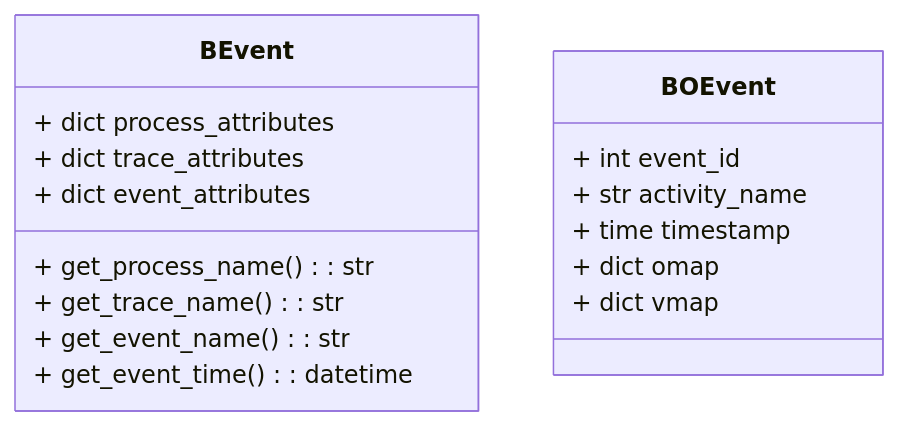
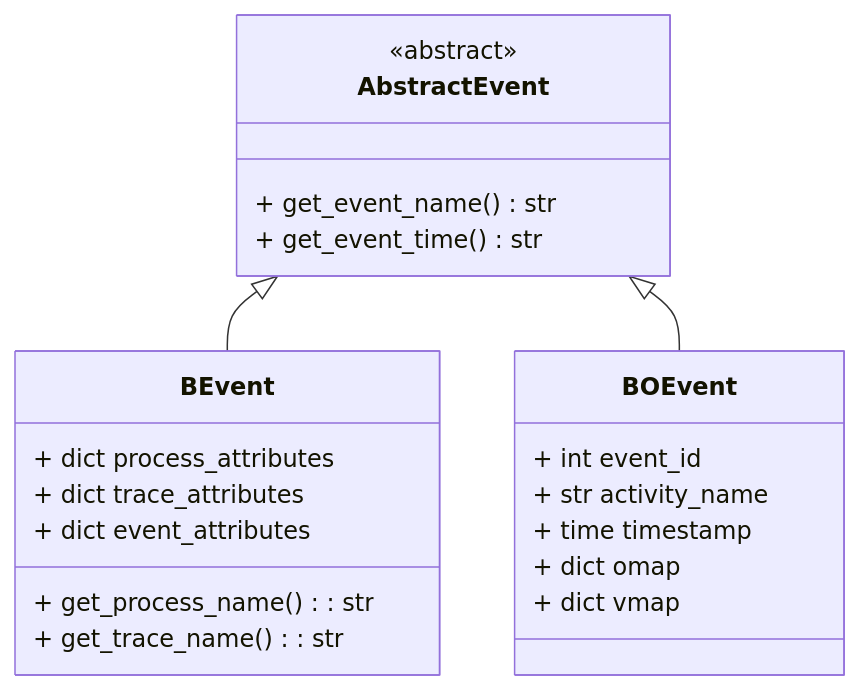
The first of 3 diagrams in docs/pybeamline/basic-concepts.md (beamline/docs), drawn with Mermaid before and after one commit. The commit also changed other lines of this file and 3 other files, not shown here.

```diff
--- a/docs/pybeamline/basic-concepts.md
+++ b/docs/pybeamline/basic-concepts.md
@@ -10,20 +24,28 @@
 <div class="mermaid">
 classDiagram
+
+class AbstractEvent {
+    &lt;&lt;abstract&gt;&gt;
+    + get_event_name() str
+    + get_event_time() str
+}
+
 class BEvent {
     + dict process_attributes
     + dict trace_attributes
     + dict event_attributes
     + get_process_name(): str
     + get_trace_name(): str
-    + get_event_name(): str
-    + get_event_time(): datetime
 }
 
 class BOEvent {
     + int event_id
     + str activity_name
     + time timestamp
     + dict omap
     + dict vmap
 }
+
+AbstractEvent <|-- BEvent
+AbstractEvent <|-- BOEvent
 </div>
```
